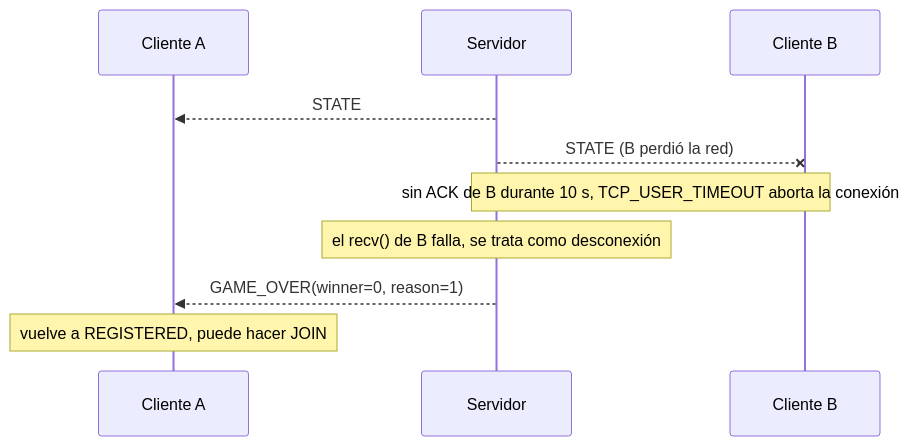
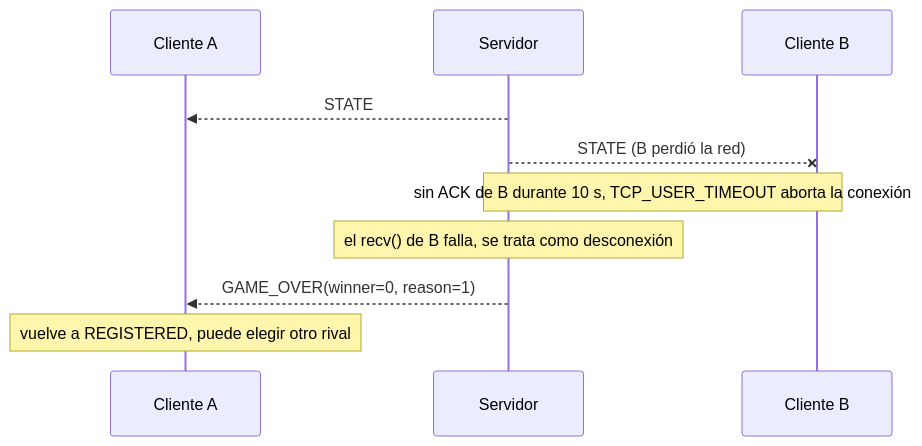
Before and after one commit to mgarciac10/ProyectoN1-Pong: the fourth of 4 diagrams in README.md, drawn with Mermaid. The commit also changed other lines of this file, not shown here.

````diff
--- a/README.md
+++ b/README.md
@@ -365,12 +421,12 @@
 ```mermaid
 sequenceDiagram
     participant A as Cliente A
     participant S as Servidor
     participant B as Cliente B
     S-->>A: STATE
     S--xB: STATE (B perdió la red)
     Note over S,B: sin ACK de B durante 10 s, TCP_USER_TIMEOUT aborta la conexión
     Note over S: el recv() de B falla, se trata como desconexión
     S-->>A: GAME_OVER(winner=0, reason=1)
-    Note over A: vuelve a REGISTERED, puede hacer JOIN
+    Note over A: vuelve a REGISTERED, puede elegir otro rival
 ```
````
